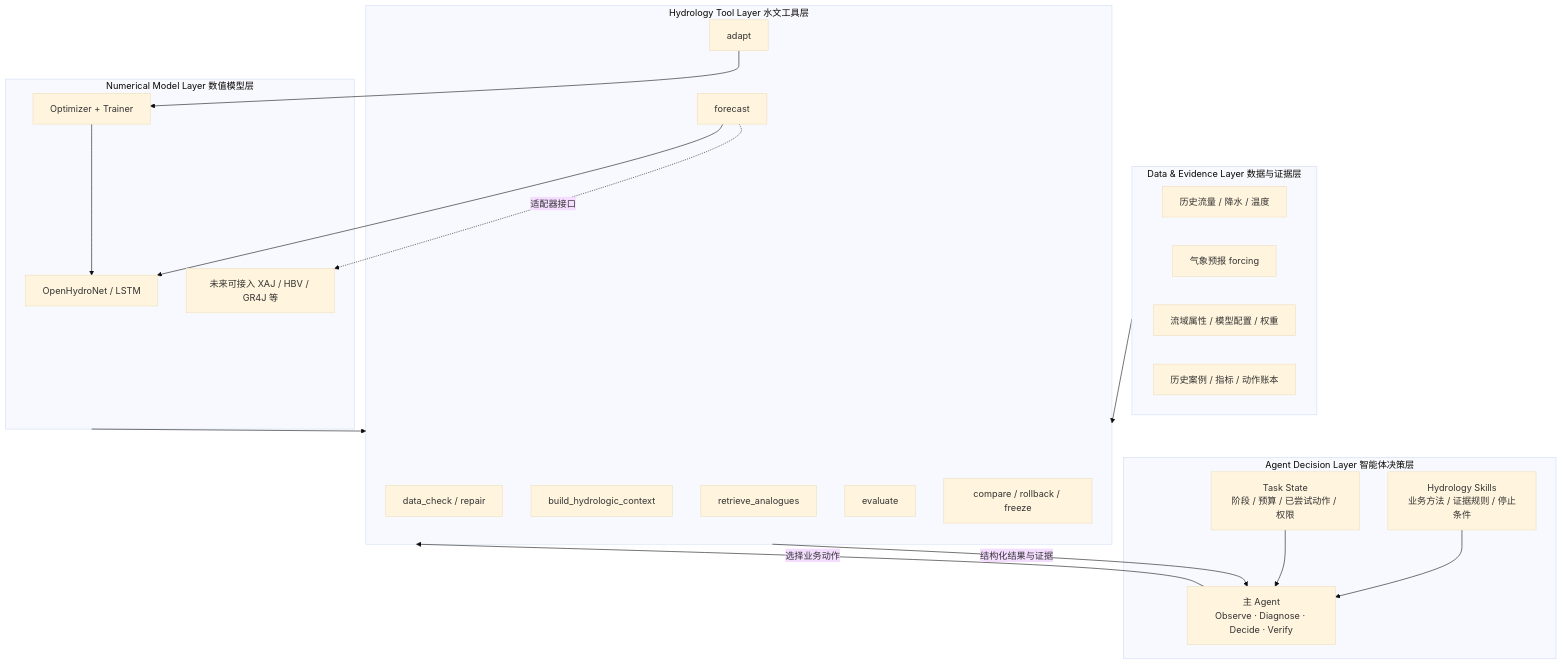
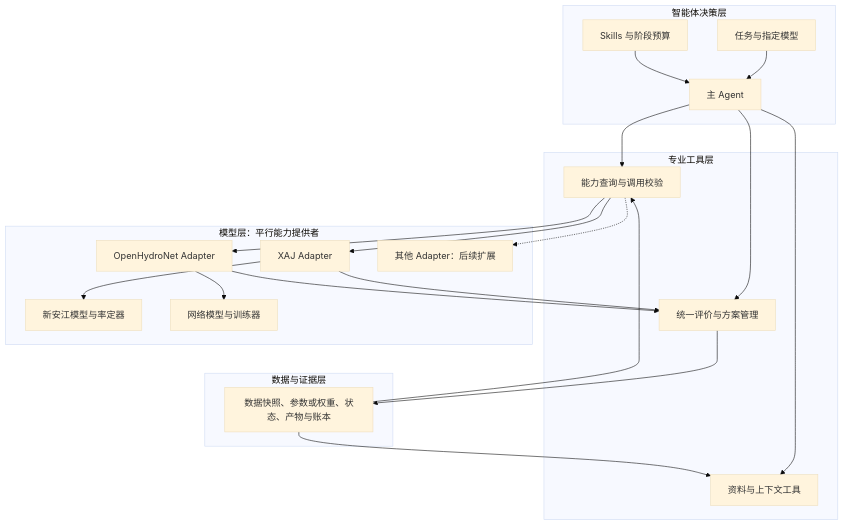
Before and after one commit to Inupedia/hydro-agent: the first of 2 diagrams in docs/课题完整方案.md, drawn with Mermaid (base theme). The commit also changed other lines of this file, not shown here.

Commit message:
docs: add parallel XAJ model and objective evaluation plan

````diff
--- a/docs/课题完整方案.md
+++ b/docs/课题完整方案.md
@@ -198,42 +213,31 @@
 ```mermaid
 flowchart TB
-    subgraph L1[Agent Decision Layer 智能体决策层]
-        AG[主 Agent\nObserve · Diagnose · Decide · Verify]
-        SK[Hydrology Skills\n业务方法 / 证据规则 / 停止条件]
-        ST[Task State\n阶段 / 预算 / 已尝试动作 / 权限]
-        SK --> AG
-        ST --> AG
+    subgraph L1[智能体决策层]
+        TASK[任务与指定模型] --> AG[主 Agent]
+        SK[Skills 与阶段预算] --> AG
     end
-
-    subgraph L2[Hydrology Tool Layer 水文工具层]
-        T1[data_check / repair]
-        T2[build_hydrologic_context]
-        T3[retrieve_analogues]
-        T4[forecast]
-        T5[evaluate]
-        T6[adapt]
-        T7[compare / rollback / freeze]
+    subgraph L2[专业工具层]
+        DATA[资料与上下文工具]
+        ROUTER[能力查询与调用校验]
+        EVAL[统一评价与方案管理]
     end
-
-    subgraph L3[Numerical Model Layer 数值模型层]
-        M1[OpenHydroNet / LSTM]
-        M2[未来可接入 XAJ / HBV / GR4J 等]
-        OPT[Optimizer + Trainer]
+    subgraph L3[模型层：平行能力提供者]
+        XA[XAJ Adapter] --> XAJ[新安江模型与率定器]
+        OA[OpenHydroNet Adapter] --> OHN[网络模型与训练器]
+        EXT[其他 Adapter：后续扩展]
     end
-
-    subgraph L4[Data & Evidence Layer 数据与证据层]
-        D1[历史流量 / 降水 / 温度]
-        D2[气象预报 forcing]
-        D3[流域属性 / 模型配置 / 权重]
-        D4[历史案例 / 指标 / 动作账本]
+    subgraph L4[数据与证据层]
+        SNAP[数据快照、参数或权重、状态、产物与账本]
     end
-
-    AG -->|选择业务动作| L2
-    L2 -->|结构化结果与证据| AG
-    T4 --> M1
-    T4 -.适配器接口.-> M2
-    T6 --> OPT
-    OPT --> M1
-    L4 --> L2
-    L3 --> L2
+    AG --> DATA
+    AG --> ROUTER
+    AG --> EVAL
+    ROUTER --> XA
+    ROUTER --> OA
+    ROUTER -.-> EXT
+    XA --> EVAL
+    OA --> EVAL
+    SNAP --> DATA
+    SNAP --> ROUTER
+    EVAL --> SNAP
 ```
````
